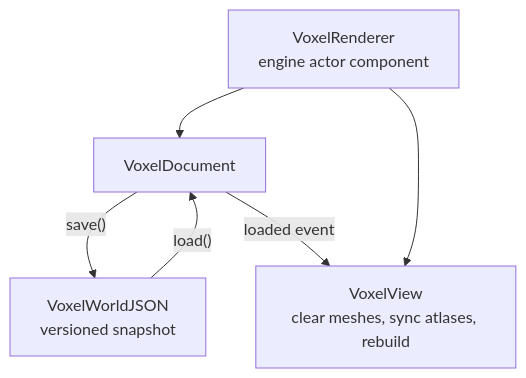
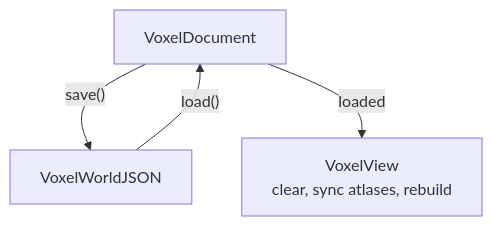
The fifth of 5 diagrams in packages/voxel-renderer/ARCHITECTURE.md (JollyPixel/editor), drawn with Mermaid before and after one commit. The commit also changed other lines of this file and 26 other files, not shown here.

Commit message:
docs(voxel-renderer): revamp README, Guides, Architecture & Glossary (#1115)

````diff
--- a/packages/voxel-renderer/ARCHITECTURE.md
+++ b/packages/voxel-renderer/ARCHITECTURE.md
@@ -115,8 +73,6 @@
 ```mermaid
 flowchart TB
-    Document["VoxelDocument"] -->|"save()"| Snapshot["VoxelWorldJSON<br/>versioned snapshot"]
+    Document["VoxelDocument"] -->|"save()"| Snapshot["VoxelWorldJSON"]
     Snapshot -->|"load()"| Document
-    Document -->|"loaded event"| View["VoxelView<br/>clear meshes, sync atlases, rebuild"]
-    Plugin["VoxelRenderer<br/>engine actor component"] --> Document
-    Plugin --> View
+    Document -->|"loaded"| View["VoxelView<br/>clear, sync atlases, rebuild"]
 ```
````
